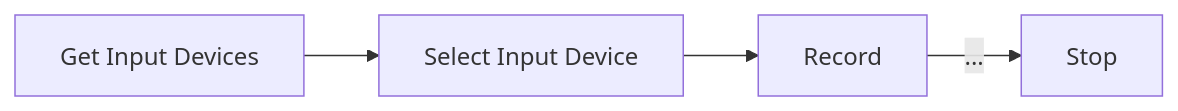
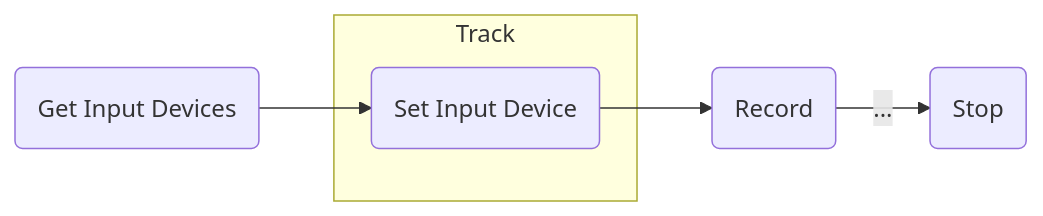
One commit to aidan-clyens/miniaudioengine changed the third of 22 diagrams in docs/DESIGN_DOC.md. Above: the diagram before and after it, drawn with Mermaid. The commit also changed other lines of this file and 1 other file, not shown here.

````diff
--- a/docs/DESIGN_DOC.md
+++ b/docs/DESIGN_DOC.md
@@ -141,12 +143,16 @@
 ```mermaid
 flowchart LR
 
-    Step1["Get Input Devices"]
-    Step2["Select Input Device"]
-    Step3["Record"]
-    Step4["Stop"]
+    getInputDevices("Get Input Devices")
 
-    Step1 --> Step2
-    Step2 --> Step3
-    Step3 -->|...| Step4
+    subgraph Track
+        selectInputDevice("Set Input Device")
+    end
+
+    record("Record")
+    stop("Stop")
+
+    getInputDevices --> selectInputDevice
+    selectInputDevice --> record
+    record -->|...| stop
 ```
````
